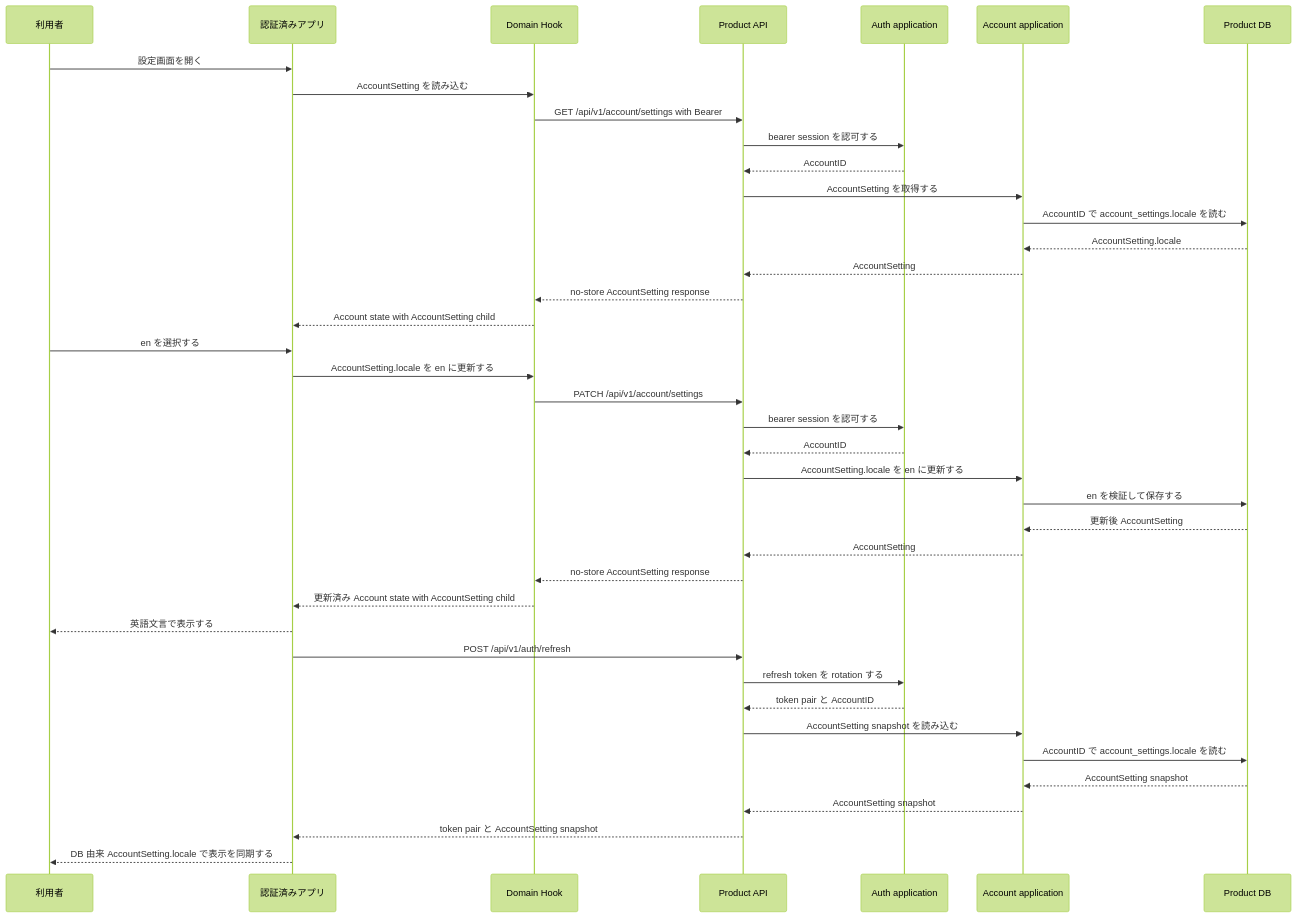
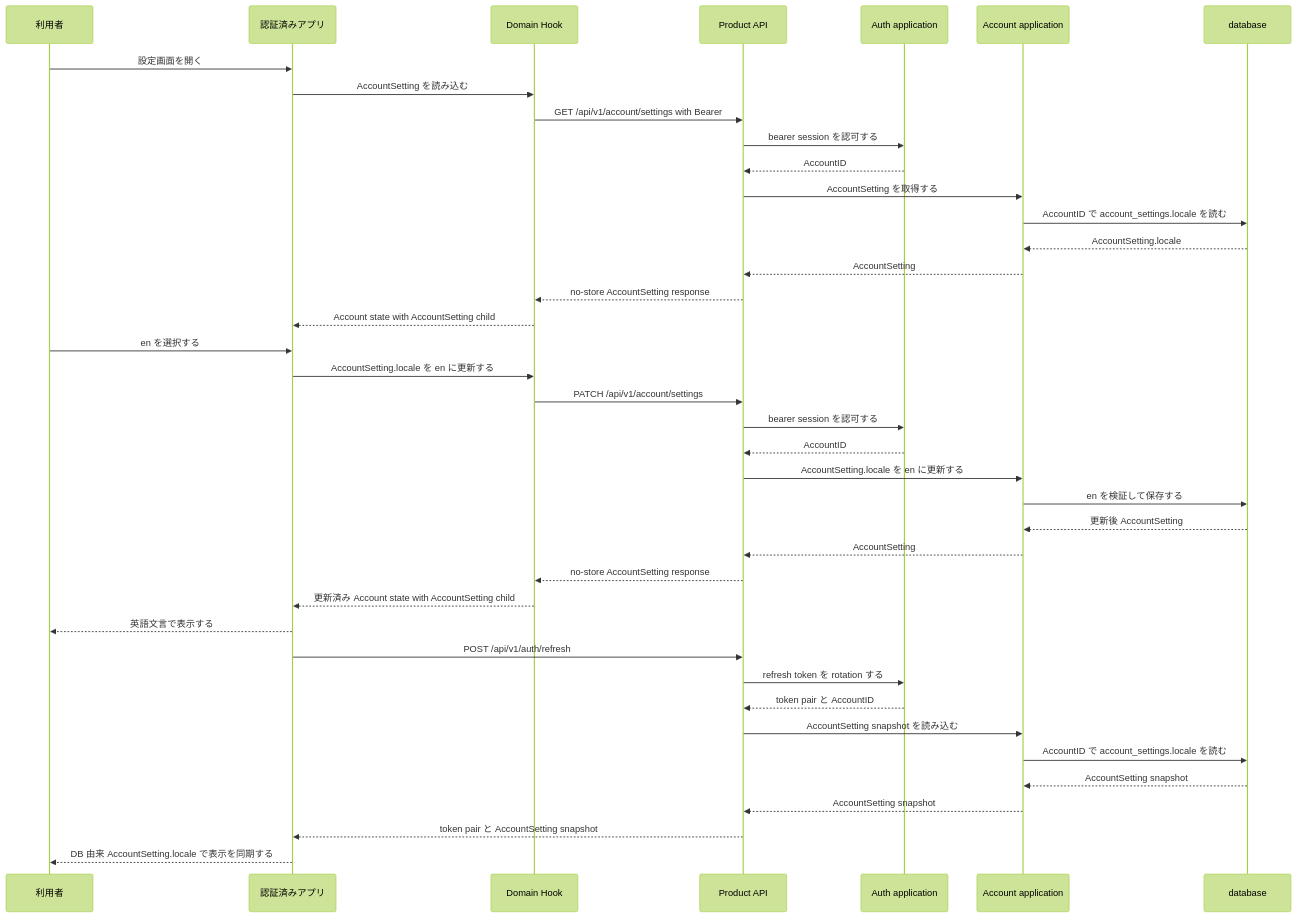
One commit to witwire-net/www-template changed the third of 6 diagrams in openspec/changes/archive/2026-05-20-add-default-i18n/design.md. Above: the diagram before and after it, drawn with Mermaid (forest theme). The commit also changed other lines of this file and 358 other files, not shown here.

````diff
--- a/openspec/changes/archive/2026-05-20-add-default-i18n/design.md
+++ b/openspec/changes/archive/2026-05-20-add-default-i18n/design.md
@@ -329,42 +329,42 @@
 ```mermaid
 sequenceDiagram
   participant U as 利用者
   participant A as 認証済みアプリ
   participant D as Domain Hook
   participant API as Product API
   participant AUTH as Auth application
   participant ACC as Account application
-  participant DB as Product DB
+  participant DB as database
   U->>A: 設定画面を開く
   A->>D: AccountSetting を読み込む
   D->>API: GET /api/v1/account/settings with Bearer
   API->>AUTH: bearer session を認可する
   AUTH-->>API: AccountID
   API->>ACC: AccountSetting を取得する
   ACC->>DB: AccountID で account_settings.locale を読む
   DB-->>ACC: AccountSetting.locale
   ACC-->>API: AccountSetting
   API-->>D: no-store AccountSetting response
   D-->>A: Account state with AccountSetting child
   U->>A: en を選択する
   A->>D: AccountSetting.locale を en に更新する
   D->>API: PATCH /api/v1/account/settings
   API->>AUTH: bearer session を認可する
   AUTH-->>API: AccountID
   API->>ACC: AccountSetting.locale を en に更新する
   ACC->>DB: en を検証して保存する
   DB-->>ACC: 更新後 AccountSetting
   ACC-->>API: AccountSetting
   API-->>D: no-store AccountSetting response
   D-->>A: 更新済み Account state with AccountSetting child
   A-->>U: 英語文言で表示する
   A->>API: POST /api/v1/auth/refresh
   API->>AUTH: refresh token を rotation する
   AUTH-->>API: token pair と AccountID
   API->>ACC: AccountSetting snapshot を読み込む
   ACC->>DB: AccountID で account_settings.locale を読む
   DB-->>ACC: AccountSetting snapshot
   ACC-->>API: AccountSetting snapshot
   API-->>A: token pair と AccountSetting snapshot
   A-->>U: DB 由来 AccountSetting.locale で表示を同期する
 ```
````
